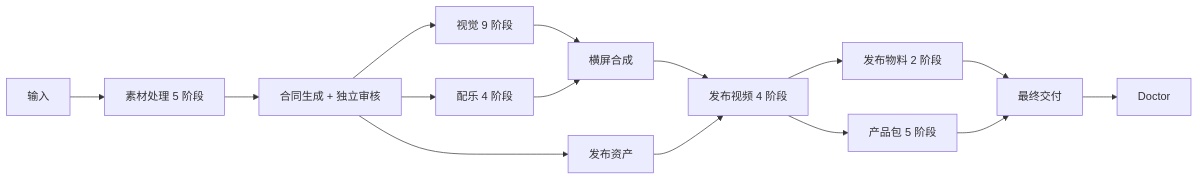
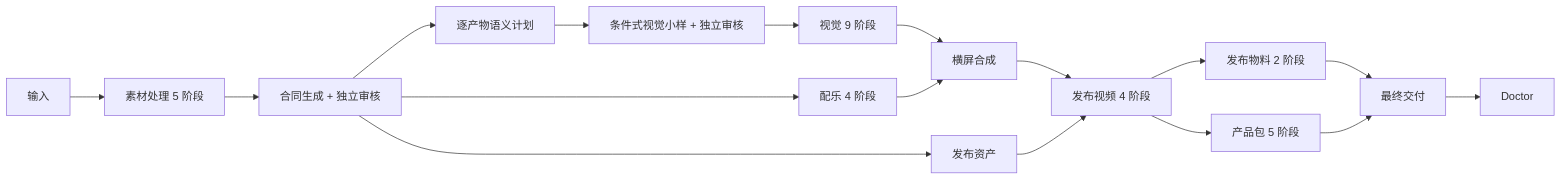
The diagram in docs/architecture/stage-dag.md (LiuDaring1/story-agent-production-system), drawn with Mermaid before and after one commit. The commit also changed other lines of this file and 11 other files, not shown here.

````diff
--- a/docs/architecture/stage-dag.md
+++ b/docs/architecture/stage-dag.md
@@ -20,17 +21,19 @@
 ```mermaid
 flowchart LR
     I["输入"] --> SE["素材处理 5 阶段"]
     SE --> CT["合同生成 + 独立审核"]
-    CT --> VI["视觉 9 阶段"]
+    CT --> SP["逐产物语义计划"]
+    SP --> VS["条件式视觉小样 + 独立审核"]
+    VS --> VI["视觉 9 阶段"]
     CT --> MU["配乐 4 阶段"]
     CT --> RA["发布资产"]
     VI --> A["横屏合成"]
     MU --> A
     A --> RP["发布视频 4 阶段"]
     RA --> RP
     RP --> PUB["发布物料 2 阶段"]
     RP --> PROD["产品包 5 阶段"]
     PUB --> FD["最终交付"]
     PROD --> FD
     FD --> DR["Doctor"]
 ```
````
